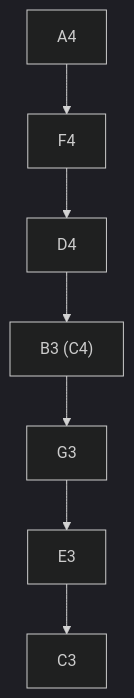
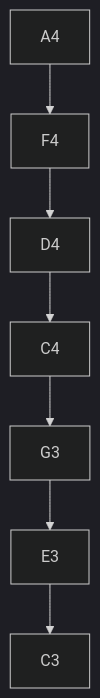
Before and after one commit to blebleblee/synapse: the fourth of 8 diagrams in topics/arts/composition/orchestration/lesson_01_orchestration_basics.md, drawn with Mermaid (dark theme). The commit also changed other lines of this file and 112 other files, not shown here.

````diff
--- a/topics/arts/composition/orchestration/lesson_01_orchestration_basics.md
+++ b/topics/arts/composition/orchestration/lesson_01_orchestration_basics.md
@@ -109,17 +109,17 @@
 ```mermaid
 flowchart TD
     A4["A4"]
     F4["F4"]
     D4["D4"]
-    B3["B3 (C4)"]
+    B3["C4"]
     G3["G3"]
     E3["E3"]
     C3["C3"]
     
     A4 --> F4
     F4 --> D4
     D4 --> B3
     B3 --> G3
     G3 --> E3
     E3 --> C3
 ```
````
